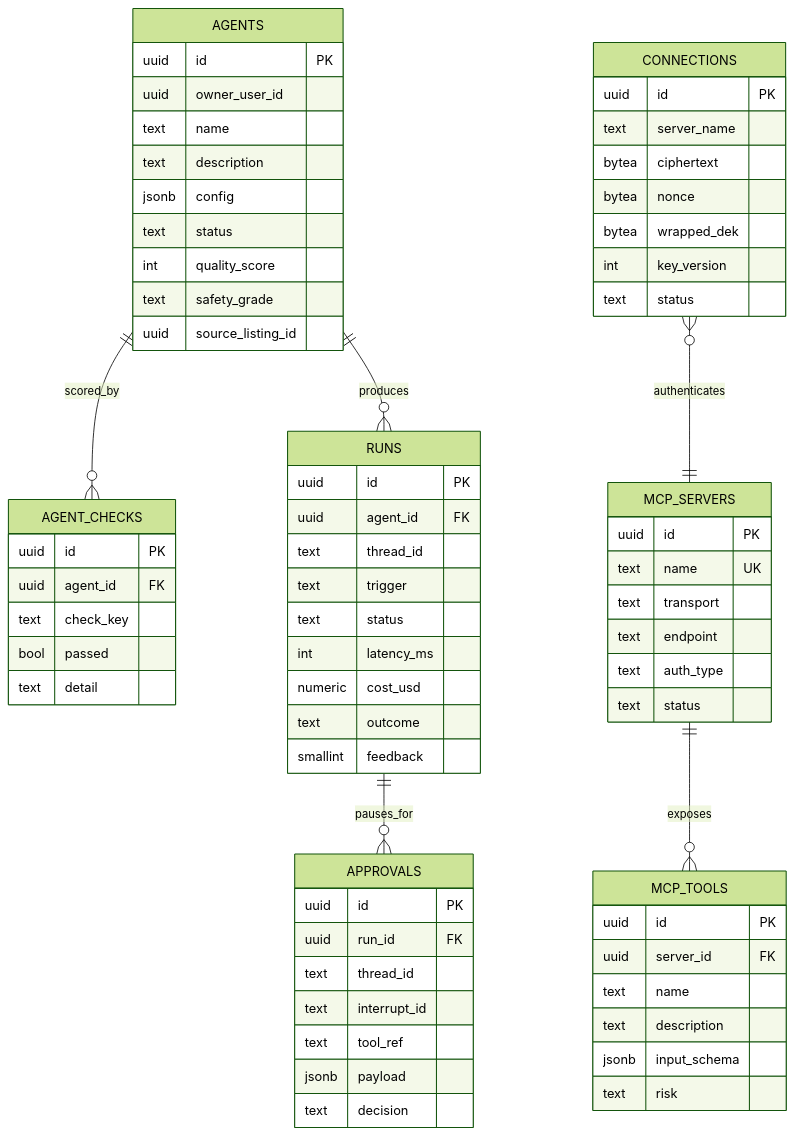
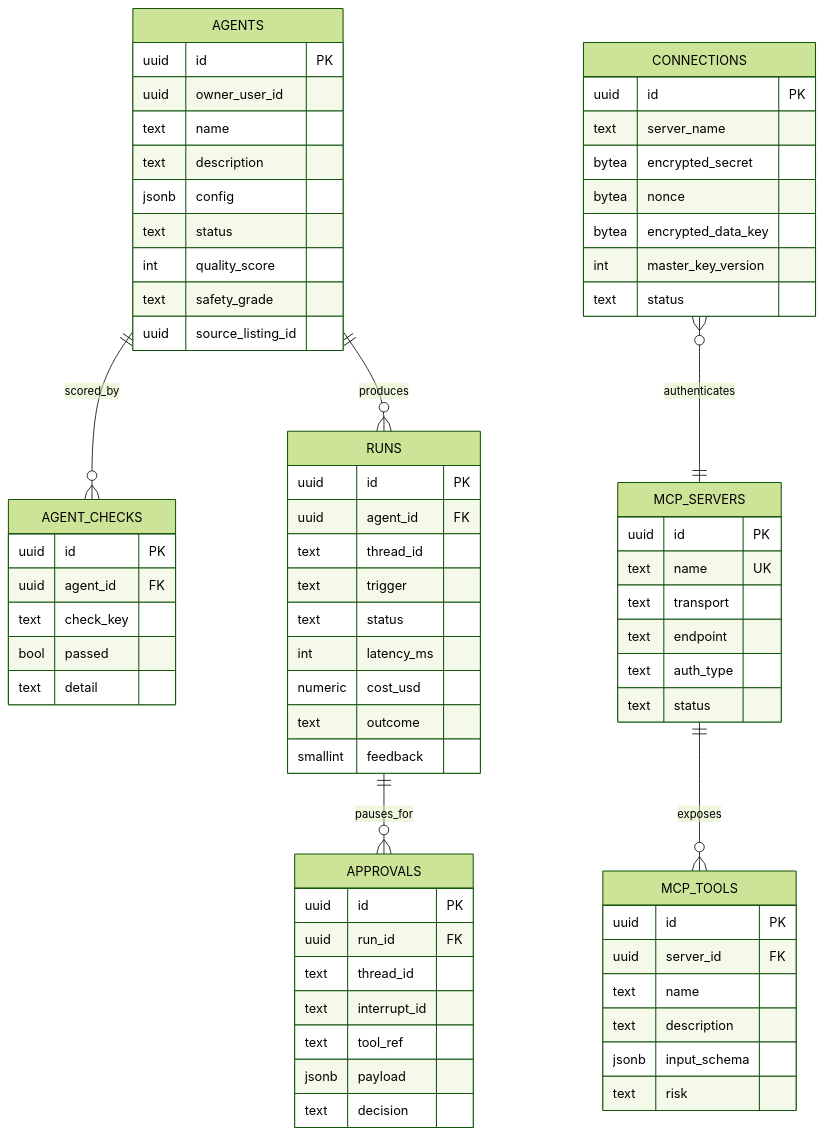
One commit to Shivanilarokar/AgentPlatformCapstone changed diagram 11 of 14 in docs/DESIGN.md. Above: the diagram before and after it, drawn with Mermaid (forest theme). The commit also changed other lines of this file and 29 other files, not shown here.

````diff
--- a/docs/DESIGN.md
+++ b/docs/DESIGN.md
@@ -462,72 +462,72 @@
 ```mermaid
 erDiagram
     AGENTS ||--o{ AGENT_CHECKS : scored_by
     AGENTS ||--o{ RUNS : produces
     RUNS ||--o{ APPROVALS : pauses_for
     MCP_SERVERS ||--o{ MCP_TOOLS : exposes
     CONNECTIONS }o--|| MCP_SERVERS : authenticates
 
     AGENTS {
         uuid id PK
         uuid owner_user_id
         text name
         text description
         jsonb config
         text status
         int quality_score
         text safety_grade
         uuid source_listing_id
     }
     AGENT_CHECKS {
         uuid id PK
         uuid agent_id FK
         text check_key
         bool passed
         text detail
     }
     RUNS {
         uuid id PK
         uuid agent_id FK
         text thread_id
         text trigger
         text status
         int latency_ms
         numeric cost_usd
         text outcome
         smallint feedback
     }
     APPROVALS {
         uuid id PK
         uuid run_id FK
         text thread_id
         text interrupt_id
         text tool_ref
         jsonb payload
         text decision
     }
     CONNECTIONS {
         uuid id PK
         text server_name
-        bytea ciphertext
+        bytea encrypted_secret
         bytea nonce
-        bytea wrapped_dek
-        int key_version
+        bytea encrypted_data_key
+        int master_key_version
         text status
     }
     MCP_SERVERS {
         uuid id PK
         text name UK
         text transport
         text endpoint
         text auth_type
         text status
     }
     MCP_TOOLS {
         uuid id PK
         uuid server_id FK
         text name
         text description
         jsonb input_schema
         text risk
     }
 ```
````
